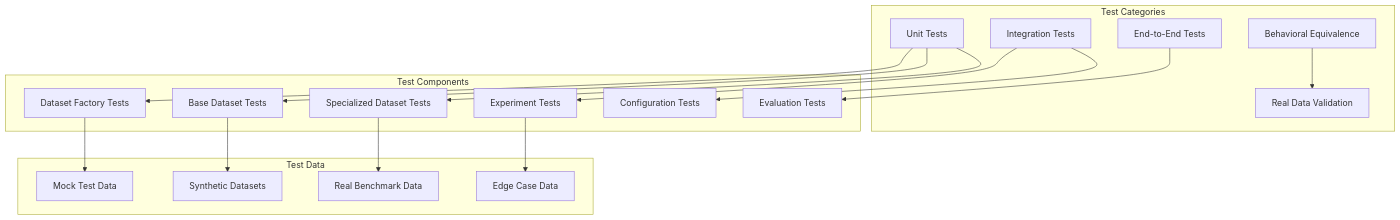
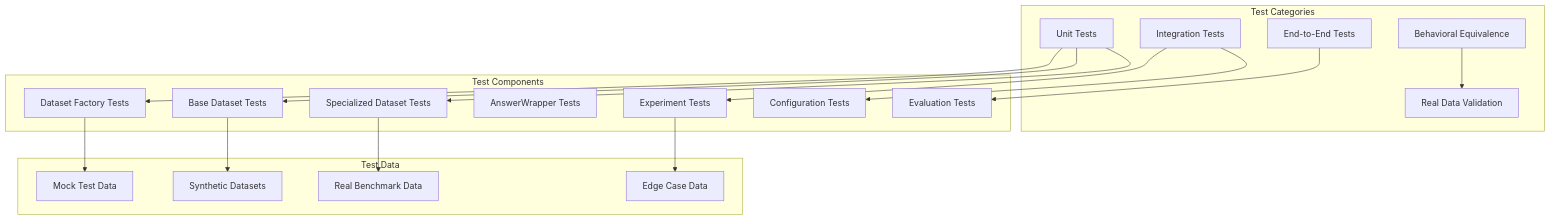
The diagram in emotion_memory_experiments/claude_doc/testing_strategy_and_coverage_analysis.md (linmou/LLM_EmoBehav_game_theory), drawn with Mermaid before and after one commit. The commit also changed other lines of this file and 3 other files, not shown here.

````diff
--- a/emotion_memory_experiments/claude_doc/testing_strategy_and_coverage_analysis.md
+++ b/emotion_memory_experiments/claude_doc/testing_strategy_and_coverage_analysis.md
@@ -9,39 +10,40 @@
 ```mermaid
 graph TB
     subgraph "Test Categories"
         Unit[Unit Tests]
         Integration[Integration Tests]
         EndToEnd[End-to-End Tests]
         Behavioral[Behavioral Equivalence]
         RealData[Real Data Validation]
     end
     
     subgraph "Test Components"
         Factory[Dataset Factory Tests]
         BaseDataset[Base Dataset Tests]
         SpecDataset[Specialized Dataset Tests]
+        AnswerWrapper[AnswerWrapper Tests]
         Experiment[Experiment Tests]
         Config[Configuration Tests]
         Evaluation[Evaluation Tests]
     end
     
     subgraph "Test Data"
         MockData[Mock Test Data]
         SyntheticData[Synthetic Datasets]
         RealBenchmarks[Real Benchmark Data]
         EdgeCases[Edge Case Data]
     end
     
     Unit --> Factory
     Unit --> BaseDataset
     Unit --> SpecDataset
     Integration --> Experiment
     Integration --> Config
     EndToEnd --> Evaluation
     Behavioral --> RealData
     
     Factory --> MockData
     BaseDataset --> SyntheticData
     SpecDataset --> RealBenchmarks
     Experiment --> EdgeCases
 ```
````
